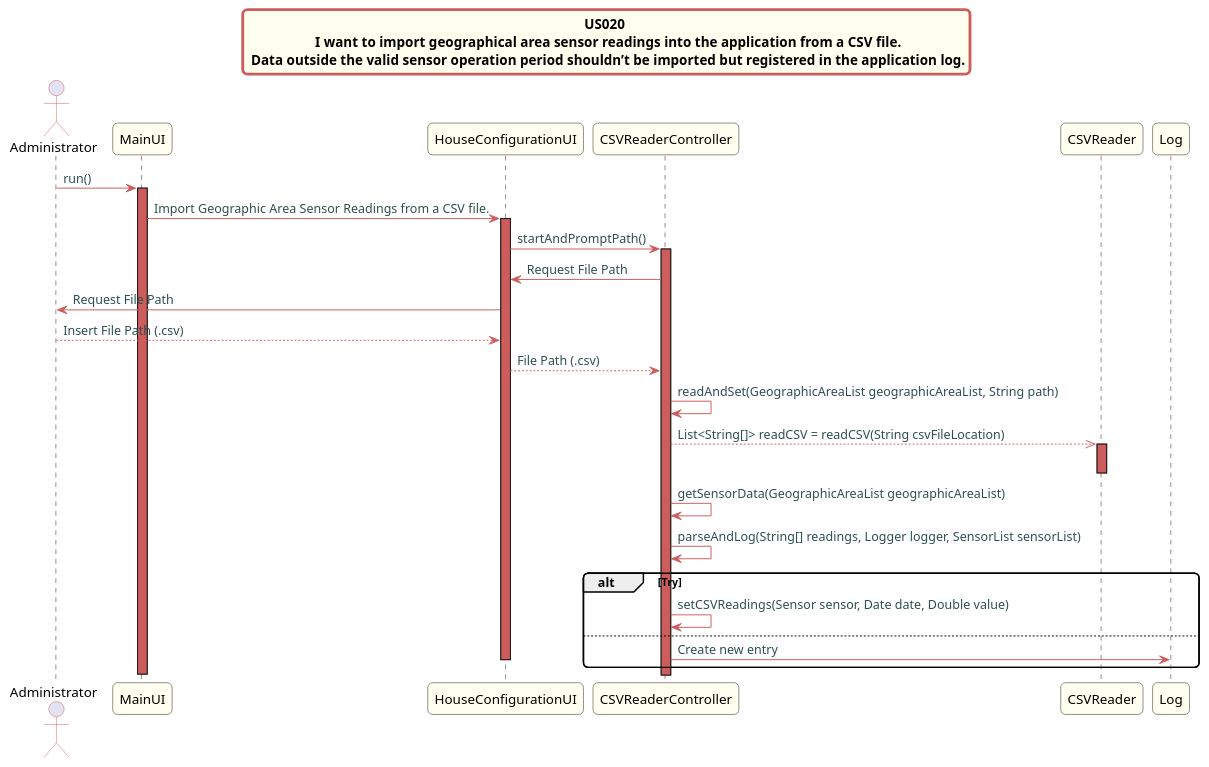
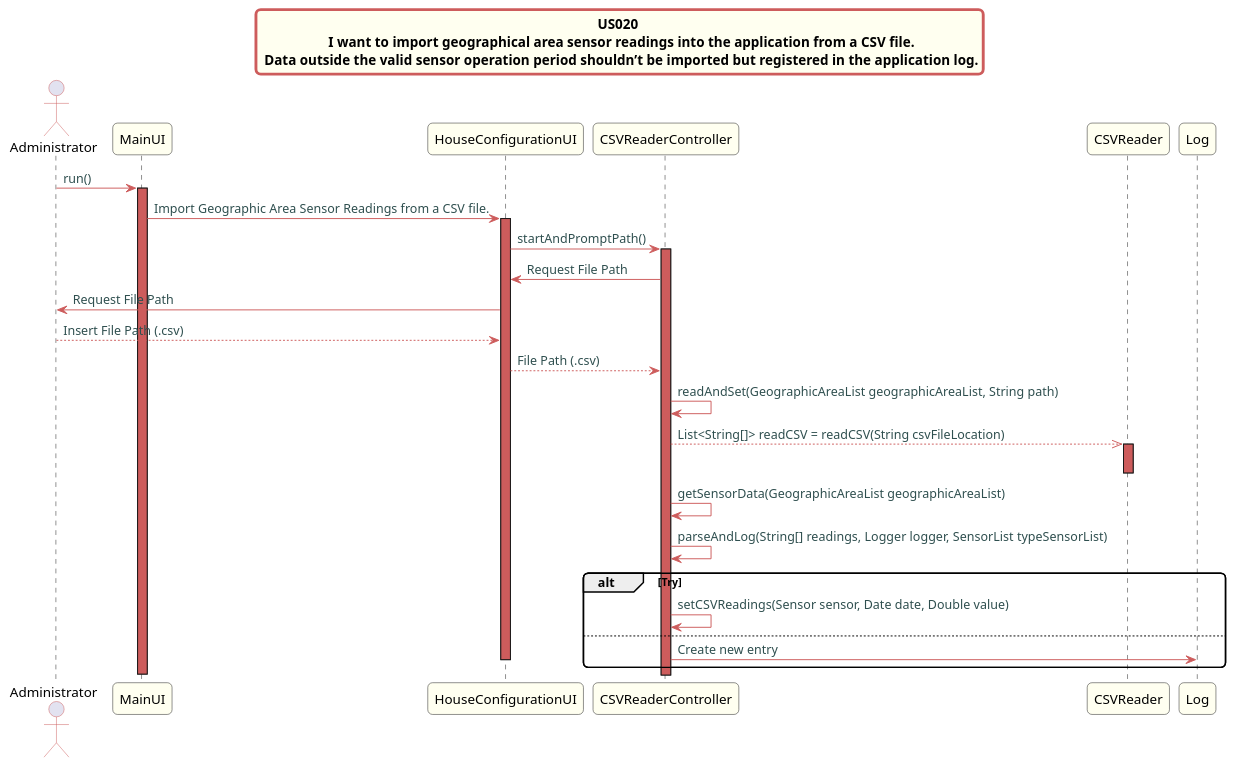
One commit to Almadanmp/project changed the diagram in src/doc/Controllers/HouseConfiguration/US20/US020_sd_HouseConfiguration.puml. Above: the diagram before and after it, drawn with PlantUML. The commit also changed 23 other files, not shown here.

Commit message:
REF #175 initial attempt on adding TypeSensor Repository commented classes that will be later arranged

```diff
--- a/src/doc/Controllers/HouseConfiguration/US20/US020_sd_HouseConfiguration.puml
+++ b/src/doc/Controllers/HouseConfiguration/US20/US020_sd_HouseConfiguration.puml
@@ -1,61 +1,61 @@
 @startuml
 
 skinparam titleBorderRoundCorner 10
 skinparam titleBorderThickness 3
 skinparam titleBorderColor indianred
 skinparam titleBackgroundColor ivory
 skinparam FontName quicksand
 
 skinparam actor {
   BorderColor indianred
   }
 
 skinparam sequence {
   LifeLineBackgroundColor indianred
   ParticipantBackgroundColor ivory
 }
 
 skinparam roundcorner 10
 
 skinparam component {
   arrowThickness 1
   ArrowFontName Verdana
   ArrowColor indianred
   ArrowFontColor darkslategrey
 }
 
 title US020 \n  I want to import geographical area sensor readings into the application from a CSV file. \n Data outside the valid sensor operation period shouldn’t be imported but registered in the application log.
 
 
 actor Administrator
 Administrator -> MainUI:run()
 activate MainUI
 MainUI -> HouseConfigurationUI: Import Geographic Area Sensor Readings from a CSV file.
 activate HouseConfigurationUI
 HouseConfigurationUI -> CSVReaderController: startAndPromptPath()
 activate CSVReaderController
 CSVReaderController -> HouseConfigurationUI: Request File Path
 HouseConfigurationUI -> Administrator: Request File Path
 Administrator --> HouseConfigurationUI: Insert File Path (.csv)
 HouseConfigurationUI --> CSVReaderController: File Path (.csv)
 CSVReaderController -> CSVReaderController: readAndSet(GeographicAreaList geographicAreaList, String path)
 CSVReaderController -->> CSVReader: List<String[]> readCSV = readCSV(String csvFileLocation)
 activate CSVReader
 deactivate CSVReader
 CSVReaderController -> CSVReaderController: getSensorData(GeographicAreaList geographicAreaList)
-CSVReaderController -> CSVReaderController: parseAndLog(String[] readings, Logger logger, SensorList sensorList)
+CSVReaderController -> CSVReaderController: parseAndLog(String[] readings, Logger logger, SensorList typeSensorList)
 
 alt Try
 CSVReaderController -> CSVReaderController: setCSVReadings(Sensor sensor, Date date, Double value)
 else
 CSVReaderController -> Log: Create new entry
 
 
 deactivate HouseConfigurationUI
 
 
 end
 deactivate CSVReader
 deactivate MainUI
 deactivate HouseConfigurationUI
 @enduml
```
